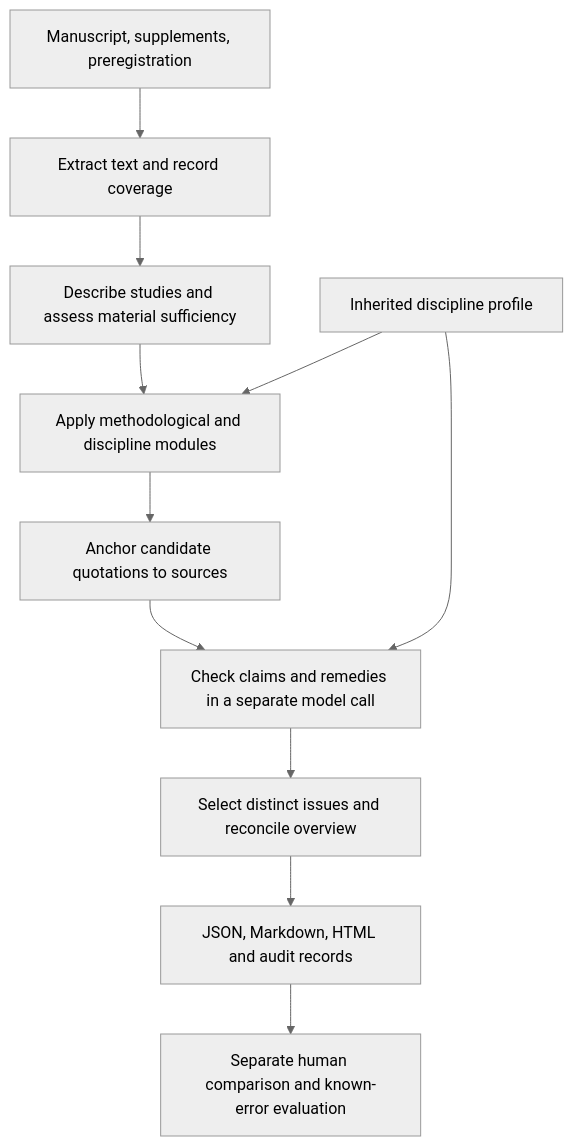
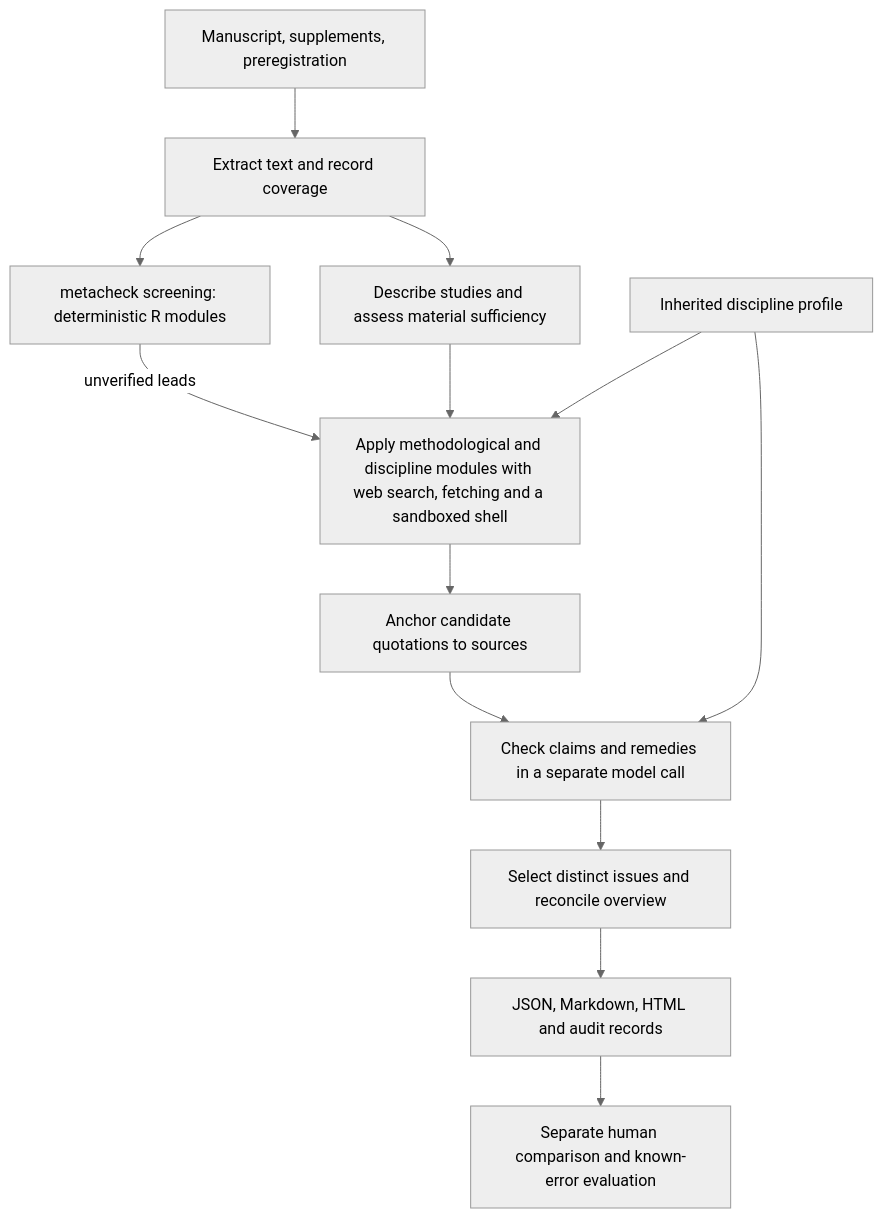
Before and after one commit to LukasWallrich/reviscope: the diagram in docs/ARCHITECTURE.md, drawn with Mermaid (neutral theme). The commit also changed other lines of this file and 59 other files, not shown here.

````diff
--- a/docs/ARCHITECTURE.md
+++ b/docs/ARCHITECTURE.md
@@ -27,13 +27,15 @@
 ```mermaid
 flowchart TD
     Input[Manuscript, supplements, preregistration] --> Extract[Extract text and record coverage]
     Extract --> Map[Describe studies and assess material sufficiency]
-    Map --> Modules[Apply methodological and discipline modules]
+    Extract --> Metacheck[metacheck screening: deterministic R modules]
+    Metacheck -->|unverified leads| Modules
+    Map --> Modules[Apply methodological and discipline modules with web search, fetching and a sandboxed shell]
     Profile[Inherited discipline profile] --> Modules
     Modules --> Anchor[Anchor candidate quotations to sources]
     Anchor --> Verify[Check claims and remedies in a separate model call]
     Profile --> Verify
     Verify --> Editorial[Select distinct issues and reconcile overview]
     Editorial --> Report[JSON, Markdown, HTML and audit records]
     Report --> Eval[Separate human comparison and known-error evaluation]
 ```
````
